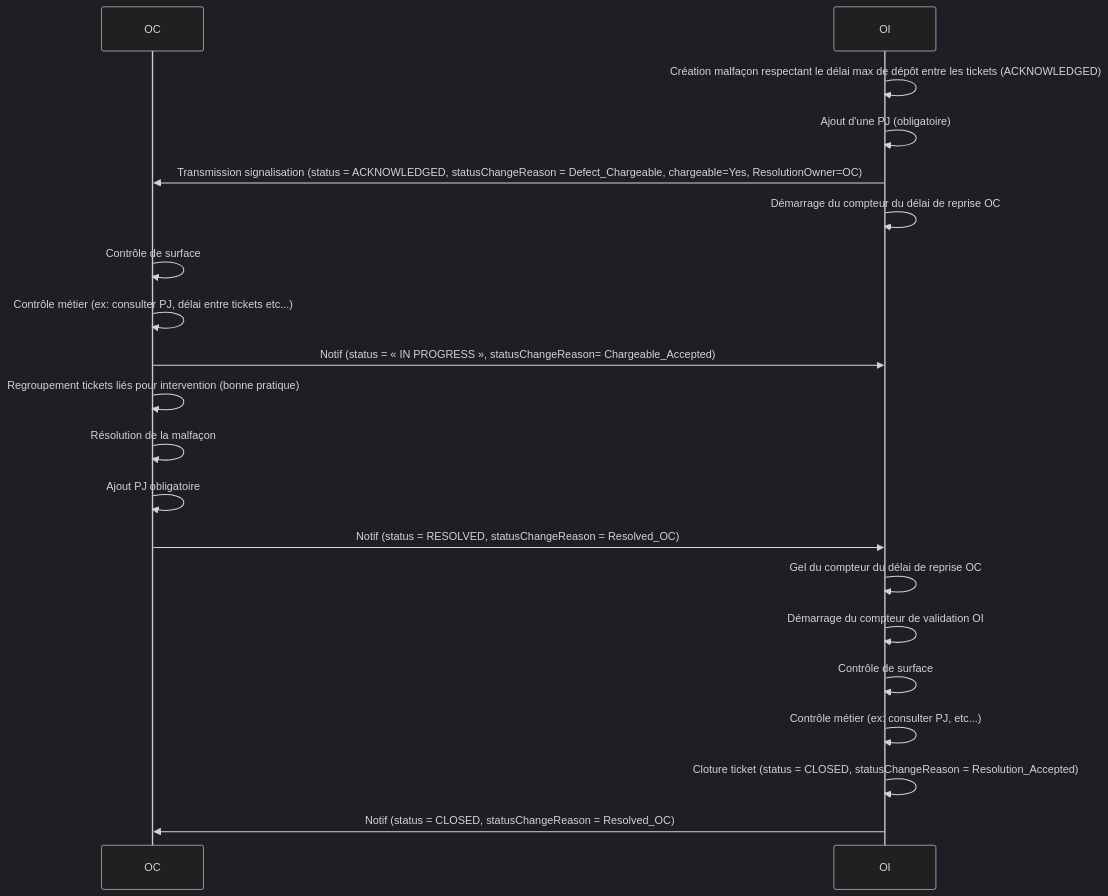
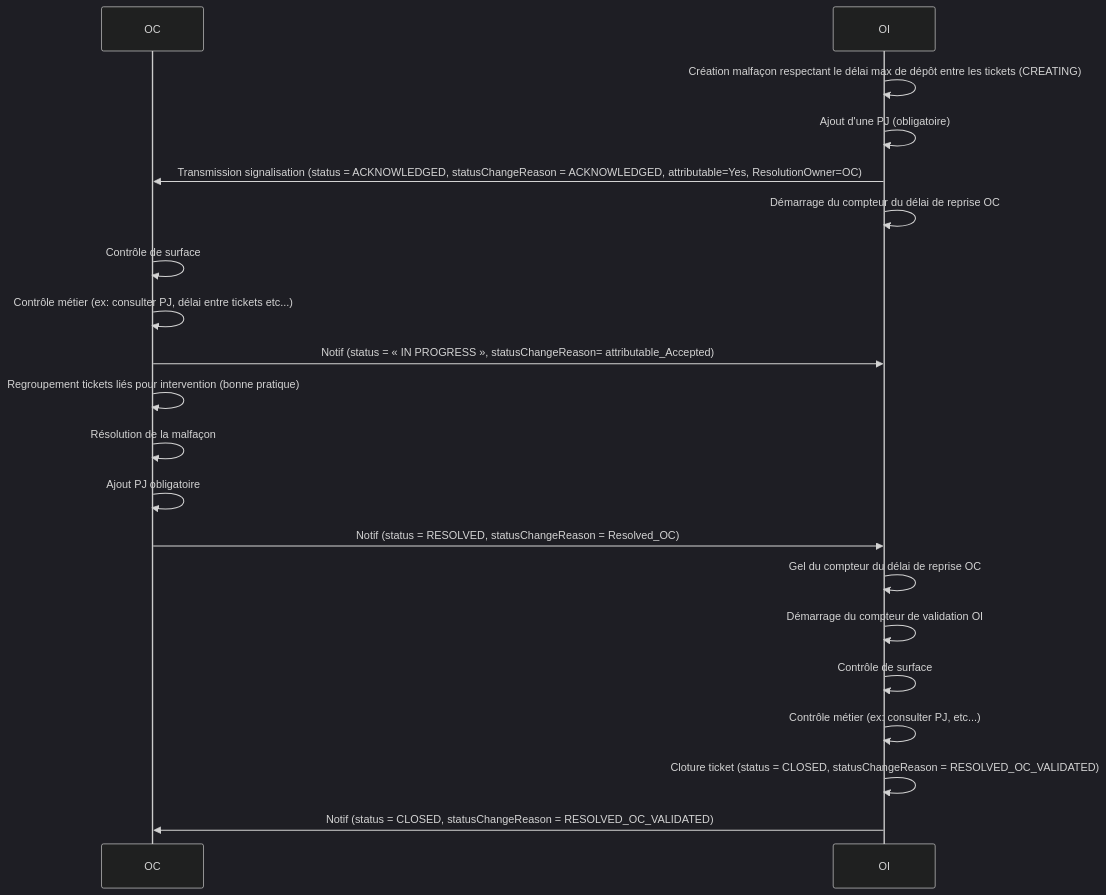
One commit to before-interop/malfacon changed the first of 12 diagrams in README.md. Above: the diagram before and after it, drawn with Mermaid (dark theme). The commit also changed other lines of this file and 6 other files, not shown here.

````diff
--- a/README.md
+++ b/README.md
@@ -262,24 +393,24 @@
 ```mermaid
 sequenceDiagram
 
   participant OC
   participant OI
 
-  OI->>OI: Création malfaçon respectant le délai max de dépôt entre les tickets (ACKNOWLEDGED)
+  OI->>OI: Création malfaçon respectant le délai max de dépôt entre les tickets (CREATING)
   OI->>OI: Ajout d'une PJ (obligatoire)
-  OI->>OC: Transmission signalisation (status = ACKNOWLEDGED, statusChangeReason = Defect_Chargeable, chargeable=Yes, ResolutionOwner=OC)
+  OI->>OC: Transmission signalisation (status = ACKNOWLEDGED, statusChangeReason = ACKNOWLEDGED, attributable=Yes, ResolutionOwner=OC)
   OI->>OI: Démarrage du compteur du délai de reprise OC
   OC->>OC: Contrôle de surface
   OC->>OC: Contrôle métier (ex: consulter PJ, délai entre tickets etc...)
-  OC->>OI: Notif (status = « IN PROGRESS », statusChangeReason= Chargeable_Accepted)
+  OC->>OI: Notif (status = « IN PROGRESS », statusChangeReason= attributable_Accepted)
   OC->>OC: Regroupement tickets liés pour intervention (bonne pratique)
   OC->>OC: Résolution de la malfaçon
   OC->>OC: Ajout PJ obligatoire
   OC->>OI: Notif (status = RESOLVED, statusChangeReason = Resolved_OC)
   OI->>OI: Gel du compteur du délai de reprise OC
   OI->>OI: Démarrage du compteur de validation OI
   OI->>OI: Contrôle de surface
   OI->>OI: Contrôle métier (ex: consulter PJ, etc...)
-  OI->>OI: Cloture ticket (status = CLOSED, statusChangeReason = Resolution_Accepted)
-  OI->>OC: Notif (status = CLOSED, statusChangeReason = Resolved_OC)
+  OI->>OI: Cloture ticket (status = CLOSED, statusChangeReason = RESOLVED_OC_VALIDATED)
+  OI->>OC: Notif (status = CLOSED, statusChangeReason = RESOLVED_OC_VALIDATED)
 ```
````
